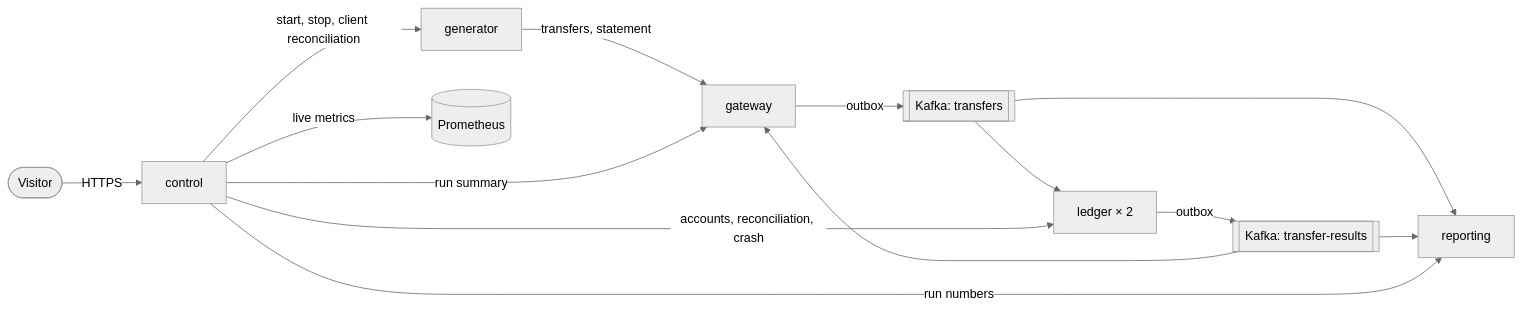
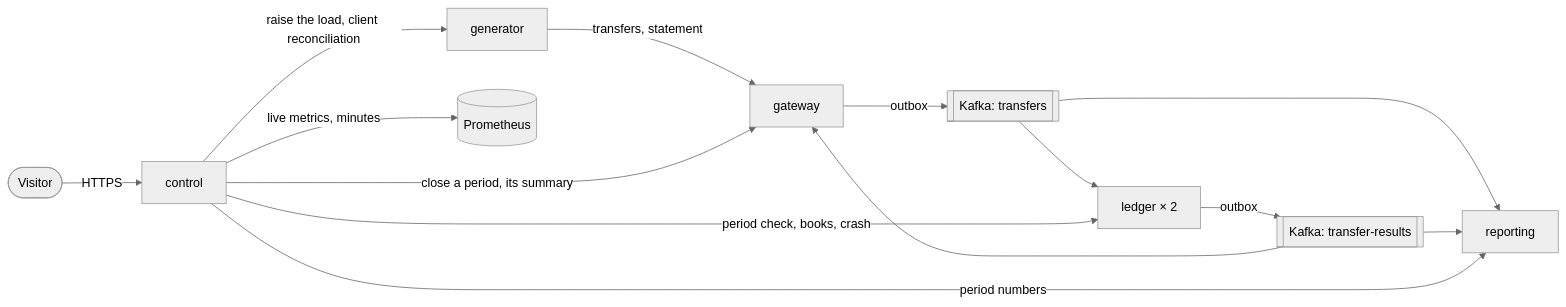
The diagram in README.md (obabaikin/ledger-lab), drawn with Mermaid (neutral theme) before and after one commit. The commit also changed other lines of this file and 4 other files, not shown here.

````diff
--- a/README.md
+++ b/README.md
@@ -46,16 +49,16 @@
 ```mermaid
 flowchart LR
     visitor([Visitor]) -->|HTTPS| control
-    control -->|start, stop, client reconciliation| generator
     generator -->|transfers, statement| gateway
     gateway -->|outbox| transfers[[Kafka: transfers]]
     transfers --> ledger["ledger × 2"]
     ledger -->|outbox| results[[Kafka: transfer-results]]
     results --> gateway
     transfers --> reporting
     results --> reporting
-    control -->|accounts, reconciliation, crash| ledger
-    control -->|run summary| gateway
-    control -->|run numbers| reporting
-    control -->|live metrics| prometheus[(Prometheus)]
+    control -->|raise the load, client reconciliation| generator
+    control -->|close a period, its summary| gateway
+    control -->|period check, books, crash| ledger
+    control -->|period numbers| reporting
+    control -->|live metrics, minutes| prometheus[(Prometheus)]
 ```
````
